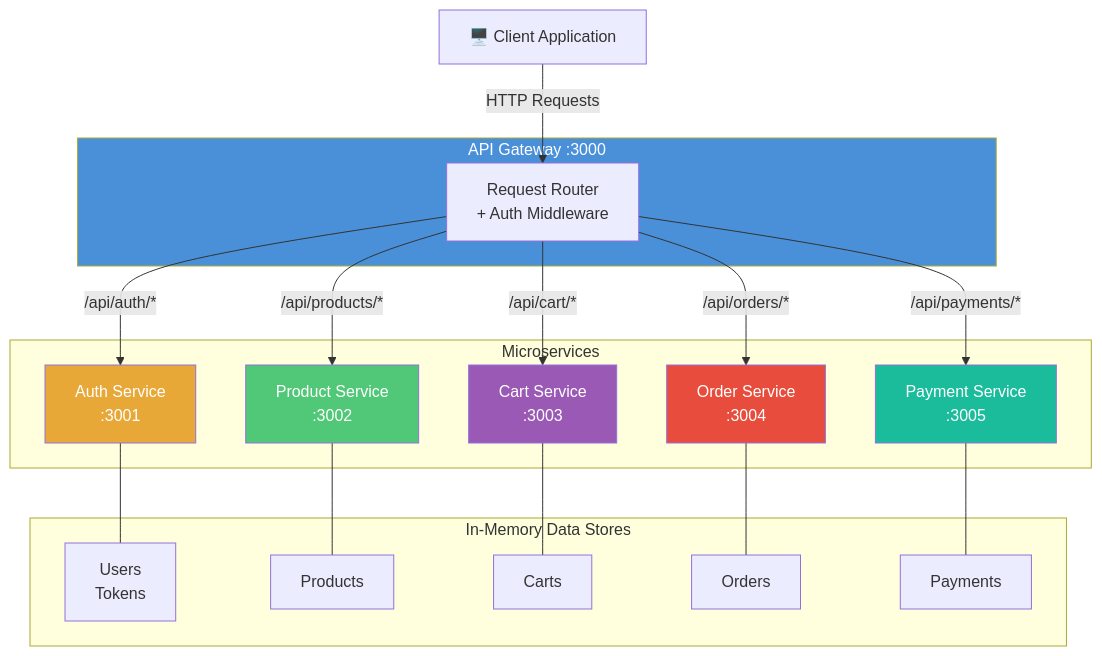
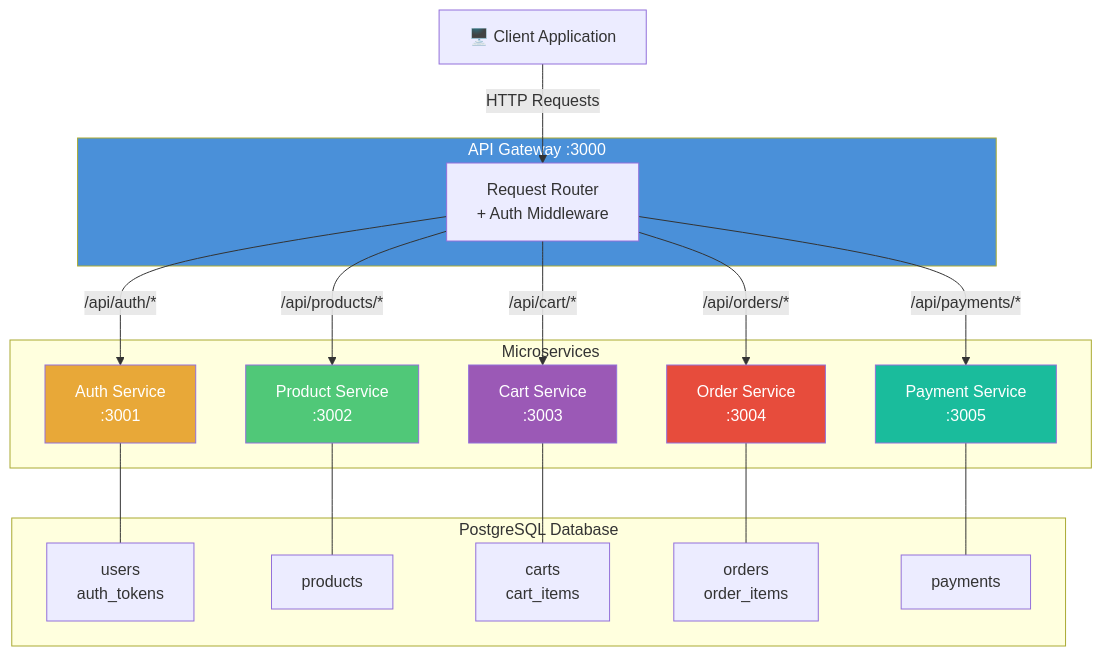
The first of 18 diagrams in ecommerce/docs/ARCHITECTURE.md (nikhil2128/ai-projects), drawn with Mermaid before and after one commit. The commit also changed other lines of this file and 40 other files, not shown here.

````diff
--- a/ecommerce/docs/ARCHITECTURE.md
+++ b/ecommerce/docs/ARCHITECTURE.md
@@ -48,44 +48,44 @@
 ```mermaid
 graph TB
     Client["🖥️ Client Application"]
 
     subgraph Gateway["API Gateway :3000"]
         GW["Request Router<br/>+ Auth Middleware"]
     end
 
     subgraph Services["Microservices"]
         AUTH["Auth Service<br/>:3001"]
         PROD["Product Service<br/>:3002"]
         CART["Cart Service<br/>:3003"]
         ORD["Order Service<br/>:3004"]
         PAY["Payment Service<br/>:3005"]
     end
 
-    subgraph DataStores["In-Memory Data Stores"]
-        DS_AUTH["Users<br/>Tokens"]
-        DS_PROD["Products"]
-        DS_CART["Carts"]
-        DS_ORD["Orders"]
-        DS_PAY["Payments"]
+    subgraph DataStores["PostgreSQL Database"]
+        DS_AUTH["users<br/>auth_tokens"]
+        DS_PROD["products"]
+        DS_CART["carts<br/>cart_items"]
+        DS_ORD["orders<br/>order_items"]
+        DS_PAY["payments"]
     end
 
     Client -->|"HTTP Requests"| GW
     GW -->|"/api/auth/*"| AUTH
     GW -->|"/api/products/*"| PROD
     GW -->|"/api/cart/*"| CART
     GW -->|"/api/orders/*"| ORD
     GW -->|"/api/payments/*"| PAY
 
     AUTH --- DS_AUTH
     PROD --- DS_PROD
     CART --- DS_CART
     ORD --- DS_ORD
     PAY --- DS_PAY
 
     style Gateway fill:#4A90D9,color:#fff
     style AUTH fill:#E8A838,color:#fff
     style PROD fill:#50C878,color:#fff
     style CART fill:#9B59B6,color:#fff
     style ORD fill:#E74C3C,color:#fff
     style PAY fill:#1ABC9C,color:#fff
 ```
````
